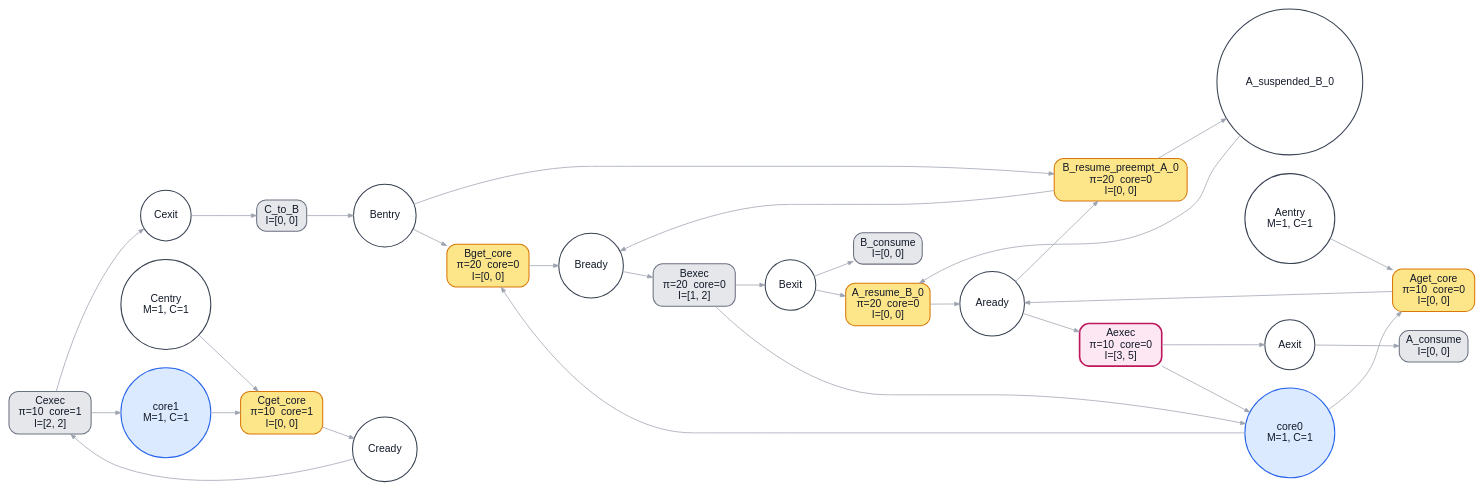
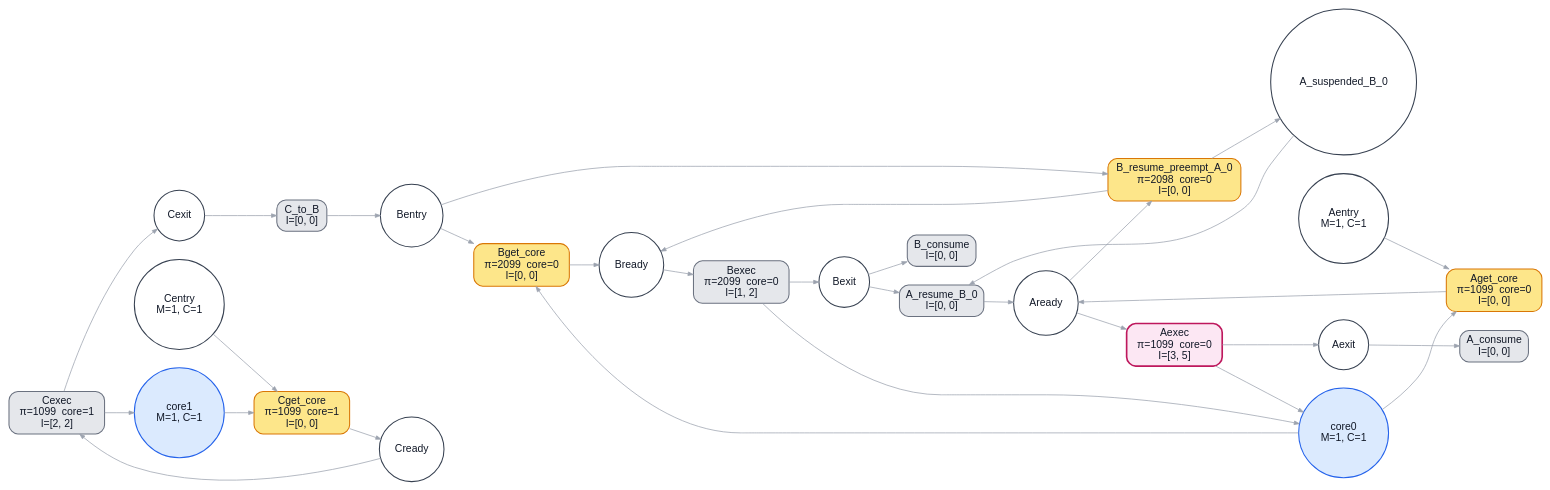
The diagram in example/bench/preemption_delayed/ptpn.dot (kevindadi/PPTPN), drawn with Graphviz before and after one commit. The commit also changed 26 other files, not shown here.

```diff
--- a/example/bench/preemption_delayed/ptpn.dot
+++ b/example/bench/preemption_delayed/ptpn.dot
@@ -1,57 +1,57 @@
 digraph G {
 graph [rankdir=LR, fontname="Helvetica", nodesep=0.35, ranksep=0.55, bgcolor="white"];
 node [fontname="Helvetica", margin=0.08, style="filled,rounded", fontcolor="#111827"];
 edge [fontname="Helvetica", color="#9ca3af", arrowsize=0.7];
 "Bentry" [label="Bentry", shape="circle", style="filled,rounded", fillcolor="#ffffff", color="#374151", fontcolor="#111827", penwidth="1.4"];
 "Bready" [label="Bready", shape="circle", style="filled,rounded", fillcolor="#ffffff", color="#374151", fontcolor="#111827", penwidth="1.4"];
 "Bexit" [label="Bexit", shape="circle", style="filled,rounded", fillcolor="#ffffff", color="#374151", fontcolor="#111827", penwidth="1.4"];
 "Centry" [label="Centry\nM=1, C=1", shape="circle", style="filled,rounded", fillcolor="#ffffff", color="#374151", fontcolor="#111827", penwidth="1.4"];
 "Cready" [label="Cready", shape="circle", style="filled,rounded", fillcolor="#ffffff", color="#374151", fontcolor="#111827", penwidth="1.4"];
 "Cexit" [label="Cexit", shape="circle", style="filled,rounded", fillcolor="#ffffff", color="#374151", fontcolor="#111827", penwidth="1.4"];
 "Aentry" [label="Aentry\nM=1, C=1", shape="circle", style="filled,rounded", fillcolor="#ffffff", color="#374151", fontcolor="#111827", penwidth="1.4"];
 "Aready" [label="Aready", shape="circle", style="filled,rounded", fillcolor="#ffffff", color="#374151", fontcolor="#111827", penwidth="1.4"];
 "Aexit" [label="Aexit", shape="circle", style="filled,rounded", fillcolor="#ffffff", color="#374151", fontcolor="#111827", penwidth="1.4"];
 "A_suspended_B_0" [label="A_suspended_B_0", shape="circle", style="filled,rounded", fillcolor="#ffffff", color="#374151", fontcolor="#111827", penwidth="1.4"];
 "core0" [label="core0\nM=1, C=1", shape="circle", style="filled,rounded", fillcolor="#dbeafe", color="#2563eb", fontcolor="#111827", penwidth="1.4"];
 "core1" [label="core1\nM=1, C=1", shape="circle", style="filled,rounded", fillcolor="#dbeafe", color="#2563eb", fontcolor="#111827", penwidth="1.4"];
-"Bget_core" [label="Bget_core\nπ=20  core=0\nI=[0, 0]", shape="box", style="filled,rounded", fillcolor="#fde68a", color="#d97706", fontcolor="#111827", penwidth="1.4"];
-"Bexec" [label="Bexec\nπ=20  core=0\nI=[1, 2]", shape="box", style="filled,rounded", fillcolor="#e5e7eb", color="#6b7280", fontcolor="#111827", penwidth="1.4"];
-"Cget_core" [label="Cget_core\nπ=10  core=1\nI=[0, 0]", shape="box", style="filled,rounded", fillcolor="#fde68a", color="#d97706", fontcolor="#111827", penwidth="1.4"];
-"Cexec" [label="Cexec\nπ=10  core=1\nI=[2, 2]", shape="box", style="filled,rounded", fillcolor="#e5e7eb", color="#6b7280", fontcolor="#111827", penwidth="1.4"];
-"Aget_core" [label="Aget_core\nπ=10  core=0\nI=[0, 0]", shape="box", style="filled,rounded", fillcolor="#fde68a", color="#d97706", fontcolor="#111827", penwidth="1.4"];
-"Aexec" [label="Aexec\nπ=10  core=0\nI=[3, 5]", shape="box", style="filled,rounded", fillcolor="#fce7f3", color="#be185d", fontcolor="#111827", penwidth="2.2"];
+"Bget_core" [label="Bget_core\nπ=2099  core=0\nI=[0, 0]", shape="box", style="filled,rounded", fillcolor="#fde68a", color="#d97706", fontcolor="#111827", penwidth="1.4"];
+"Bexec" [label="Bexec\nπ=2099  core=0\nI=[1, 2]", shape="box", style="filled,rounded", fillcolor="#e5e7eb", color="#6b7280", fontcolor="#111827", penwidth="1.4"];
+"Cget_core" [label="Cget_core\nπ=1099  core=1\nI=[0, 0]", shape="box", style="filled,rounded", fillcolor="#fde68a", color="#d97706", fontcolor="#111827", penwidth="1.4"];
+"Cexec" [label="Cexec\nπ=1099  core=1\nI=[2, 2]", shape="box", style="filled,rounded", fillcolor="#e5e7eb", color="#6b7280", fontcolor="#111827", penwidth="1.4"];
+"Aget_core" [label="Aget_core\nπ=1099  core=0\nI=[0, 0]", shape="box", style="filled,rounded", fillcolor="#fde68a", color="#d97706", fontcolor="#111827", penwidth="1.4"];
+"Aexec" [label="Aexec\nπ=1099  core=0\nI=[3, 5]", shape="box", style="filled,rounded", fillcolor="#fce7f3", color="#be185d", fontcolor="#111827", penwidth="2.2"];
 "C_to_B" [label="C_to_B\nI=[0, 0]", shape="box", style="filled,rounded", fillcolor="#e5e7eb", color="#6b7280", fontcolor="#111827", penwidth="1.4"];
 "A_consume" [label="A_consume\nI=[0, 0]", shape="box", style="filled,rounded", fillcolor="#e5e7eb", color="#6b7280", fontcolor="#111827", penwidth="1.4"];
 "B_consume" [label="B_consume\nI=[0, 0]", shape="box", style="filled,rounded", fillcolor="#e5e7eb", color="#6b7280", fontcolor="#111827", penwidth="1.4"];
-"B_resume_preempt_A_0" [label="B_resume_preempt_A_0\nπ=20  core=0\nI=[0, 0]", shape="box", style="filled,rounded", fillcolor="#fde68a", color="#d97706", fontcolor="#111827", penwidth="1.4"];
-"A_resume_B_0" [label="A_resume_B_0\nπ=20  core=0\nI=[0, 0]", shape="box", style="filled,rounded", fillcolor="#fde68a", color="#d97706", fontcolor="#111827", penwidth="1.4"];
+"B_resume_preempt_A_0" [label="B_resume_preempt_A_0\nπ=2098  core=0\nI=[0, 0]", shape="box", style="filled,rounded", fillcolor="#fde68a", color="#d97706", fontcolor="#111827", penwidth="1.4"];
+"A_resume_B_0" [label="A_resume_B_0\nI=[0, 0]", shape="box", style="filled,rounded", fillcolor="#e5e7eb", color="#6b7280", fontcolor="#111827", penwidth="1.4"];
 "Bentry" -> "Bget_core" [label="", color="#9ca3af", penwidth="1.0"];
 "Bentry" -> "B_resume_preempt_A_0" [label="", color="#9ca3af", penwidth="1.0"];
 "Bready" -> "Bexec" [label="", color="#9ca3af", penwidth="1.0"];
 "Bexit" -> "B_consume" [label="", color="#9ca3af", penwidth="1.0"];
 "Bexit" -> "A_resume_B_0" [label="", color="#9ca3af", penwidth="1.0"];
 "Centry" -> "Cget_core" [label="", color="#9ca3af", penwidth="1.0"];
 "Cready" -> "Cexec" [label="", color="#9ca3af", penwidth="1.0"];
 "Cexit" -> "C_to_B" [label="", color="#9ca3af", penwidth="1.0"];
 "Aentry" -> "Aget_core" [label="", color="#9ca3af", penwidth="1.0"];
 "Aready" -> "Aexec" [label="", color="#9ca3af", penwidth="1.0"];
 "Aready" -> "B_resume_preempt_A_0" [label="", color="#9ca3af", penwidth="1.0"];
 "Aexit" -> "A_consume" [label="", color="#9ca3af", penwidth="1.0"];
 "A_suspended_B_0" -> "A_resume_B_0" [label="", color="#9ca3af", penwidth="1.0"];
 "core0" -> "Bget_core" [label="", color="#9ca3af", penwidth="1.0"];
 "core0" -> "Aget_core" [label="", color="#9ca3af", penwidth="1.0"];
 "core1" -> "Cget_core" [label="", color="#9ca3af", penwidth="1.0"];
 "Bget_core" -> "Bready" [label="", color="#9ca3af", penwidth="1.0"];
 "Bexec" -> "Bexit" [label="", color="#9ca3af", penwidth="1.0"];
 "Bexec" -> "core0" [label="", color="#9ca3af", penwidth="1.0"];
 "Cget_core" -> "Cready" [label="", color="#9ca3af", penwidth="1.0"];
 "Cexec" -> "Cexit" [label="", color="#9ca3af", penwidth="1.0"];
 "Cexec" -> "core1" [label="", color="#9ca3af", penwidth="1.0"];
 "Aget_core" -> "Aready" [label="", color="#9ca3af", penwidth="1.0"];
 "Aexec" -> "Aexit" [label="", color="#9ca3af", penwidth="1.0"];
 "Aexec" -> "core0" [label="", color="#9ca3af", penwidth="1.0"];
 "C_to_B" -> "Bentry" [label="", color="#9ca3af", penwidth="1.0"];
 "B_resume_preempt_A_0" -> "Bready" [label="", color="#9ca3af", penwidth="1.0"];
 "B_resume_preempt_A_0" -> "A_suspended_B_0" [label="", color="#9ca3af", penwidth="1.0"];
 "A_resume_B_0" -> "Aready" [label="", color="#9ca3af", penwidth="1.0"];
 }
```
